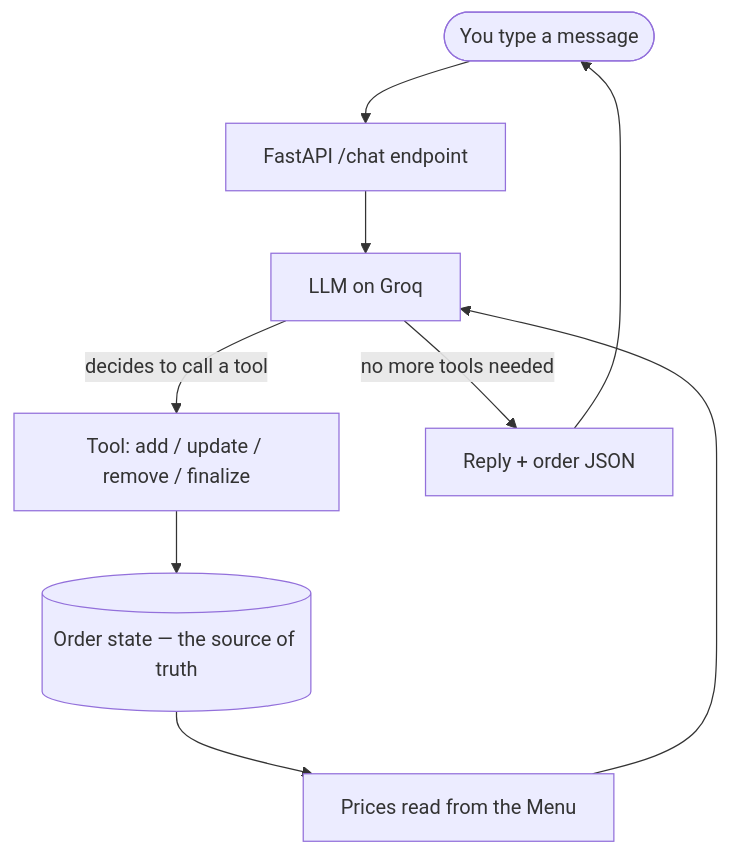
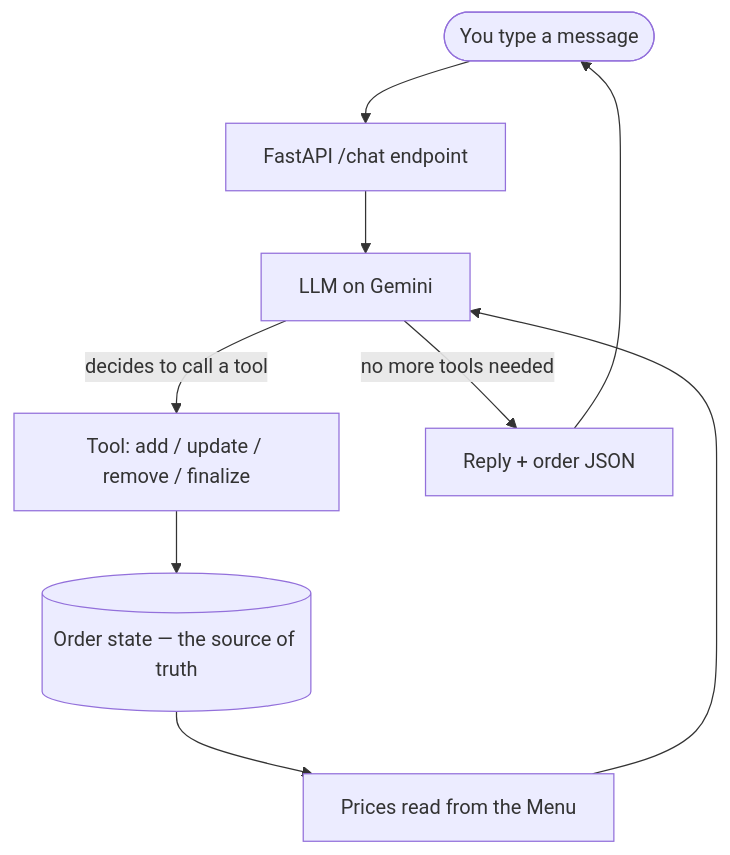
Before and after one commit to Hari-31/taco-agent: the diagram in README.md, drawn with Mermaid.

Commit message:
Update LLM reference from Groq to Gemini

````diff
--- a/README.md
+++ b/README.md
@@ -29,11 +29,11 @@
 ```mermaid
 flowchart TD
     U([You type a message]) --> A[FastAPI /chat endpoint]
-    A --> M[LLM on Groq]
+    A --> M[LLM on Gemini]
     M -->|decides to call a tool| T[Tool: add / update / remove / finalize]
     T --> O[(Order state — the source of truth)]
     O --> P[Prices read from the Menu]
     P --> M
     M -->|no more tools needed| R[Reply + order JSON]
     R --> U
 ```
````
